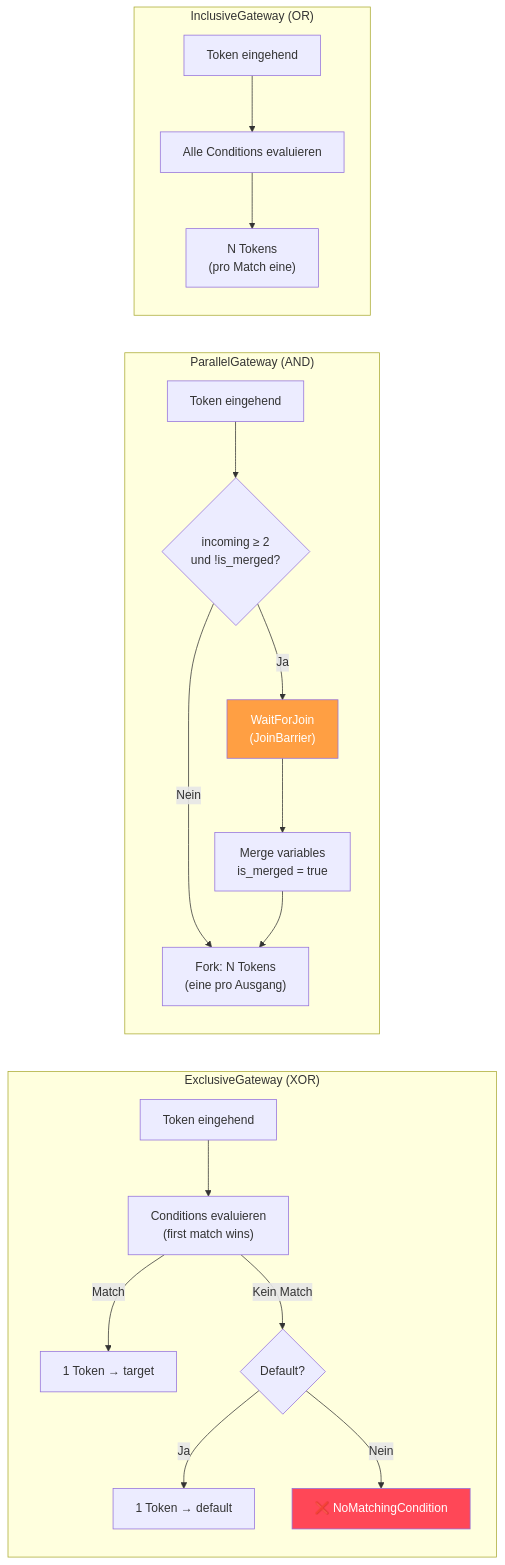
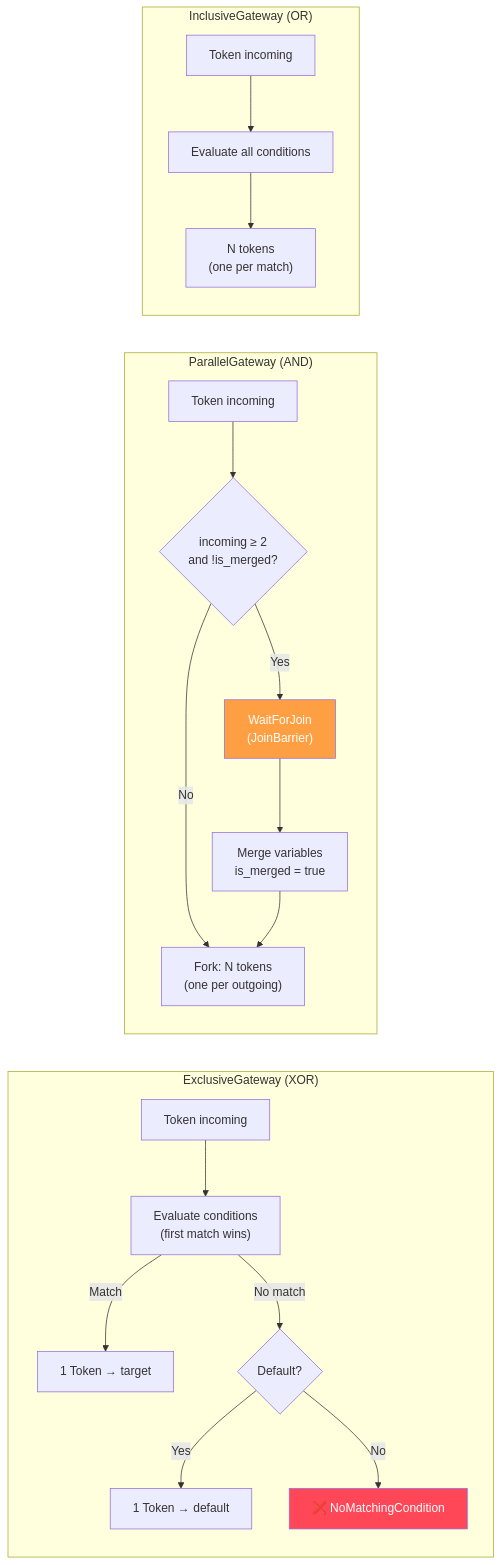
Before and after one commit to maatini/bpmninja: the sixth of 8 diagrams in docs/architecture.md, drawn with Mermaid. The commit also changed other lines of this file and 2 other files, not shown here.

Commit message:
docs: translate README and architecture documentation from German to English

````diff
--- a/docs/architecture.md
+++ b/docs/architecture.md
@@ -339,26 +339,26 @@
 ```mermaid
 flowchart LR
     subgraph "ExclusiveGateway (XOR)"
-        XOR_IN["Token eingehend"] --> XOR_EVAL["Conditions evaluieren<br/>(first match wins)"]
+        XOR_IN["Token incoming"] --> XOR_EVAL["Evaluate conditions<br/>(first match wins)"]
         XOR_EVAL -->|Match| XOR_OUT["1 Token → target"]
-        XOR_EVAL -->|Kein Match| XOR_DEF{"Default?"}
-        XOR_DEF -->|Ja| XOR_OUT2["1 Token → default"]
-        XOR_DEF -->|Nein| XOR_ERR["❌ NoMatchingCondition"]
+        XOR_EVAL -->|No match| XOR_DEF{"Default?"}
+        XOR_DEF -->|Yes| XOR_OUT2["1 Token → default"]
+        XOR_DEF -->|No| XOR_ERR["❌ NoMatchingCondition"]
     end
 
     subgraph "ParallelGateway (AND)"
-        AND_IN["Token eingehend"] --> AND_CHECK{"incoming ≥ 2<br/>und !is_merged?"}
-        AND_CHECK -->|Ja| AND_WAIT["WaitForJoin<br/>(JoinBarrier)"]
-        AND_CHECK -->|Nein| AND_FORK["Fork: N Tokens<br/>(eine pro Ausgang)"]
+        AND_IN["Token incoming"] --> AND_CHECK{"incoming ≥ 2<br/>and !is_merged?"}
+        AND_CHECK -->|Yes| AND_WAIT["WaitForJoin<br/>(JoinBarrier)"]
+        AND_CHECK -->|No| AND_FORK["Fork: N tokens<br/>(one per outgoing)"]
         AND_WAIT --> AND_MERGE["Merge variables<br/>is_merged = true"]
         AND_MERGE --> AND_FORK
     end
 
     subgraph "InclusiveGateway (OR)"
-        OR_IN["Token eingehend"] --> OR_EVAL["Alle Conditions evaluieren"]
-        OR_EVAL --> OR_FORK["N Tokens<br/>(pro Match eine)"]
+        OR_IN["Token incoming"] --> OR_EVAL["Evaluate all conditions"]
+        OR_EVAL --> OR_FORK["N tokens<br/>(one per match)"]
     end
 
     style XOR_ERR fill:#ff4757,color:#fff
     style AND_WAIT fill:#ff9f43,color:#fff
 ```
````
